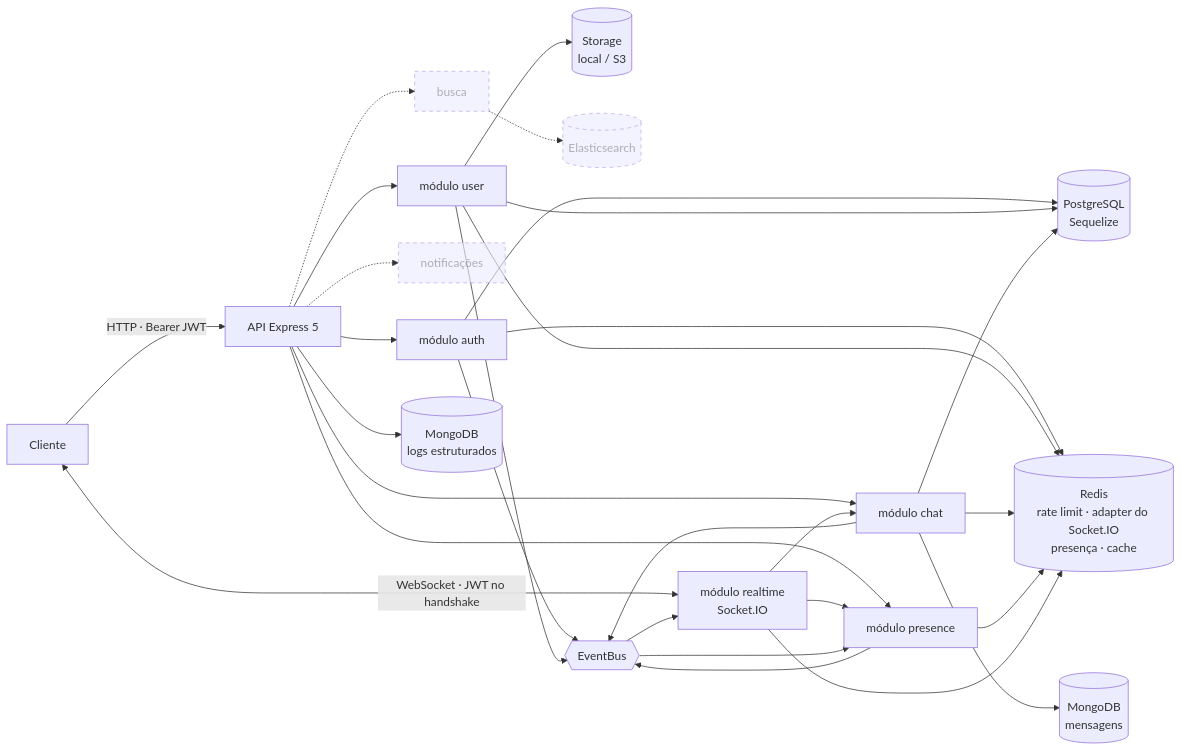
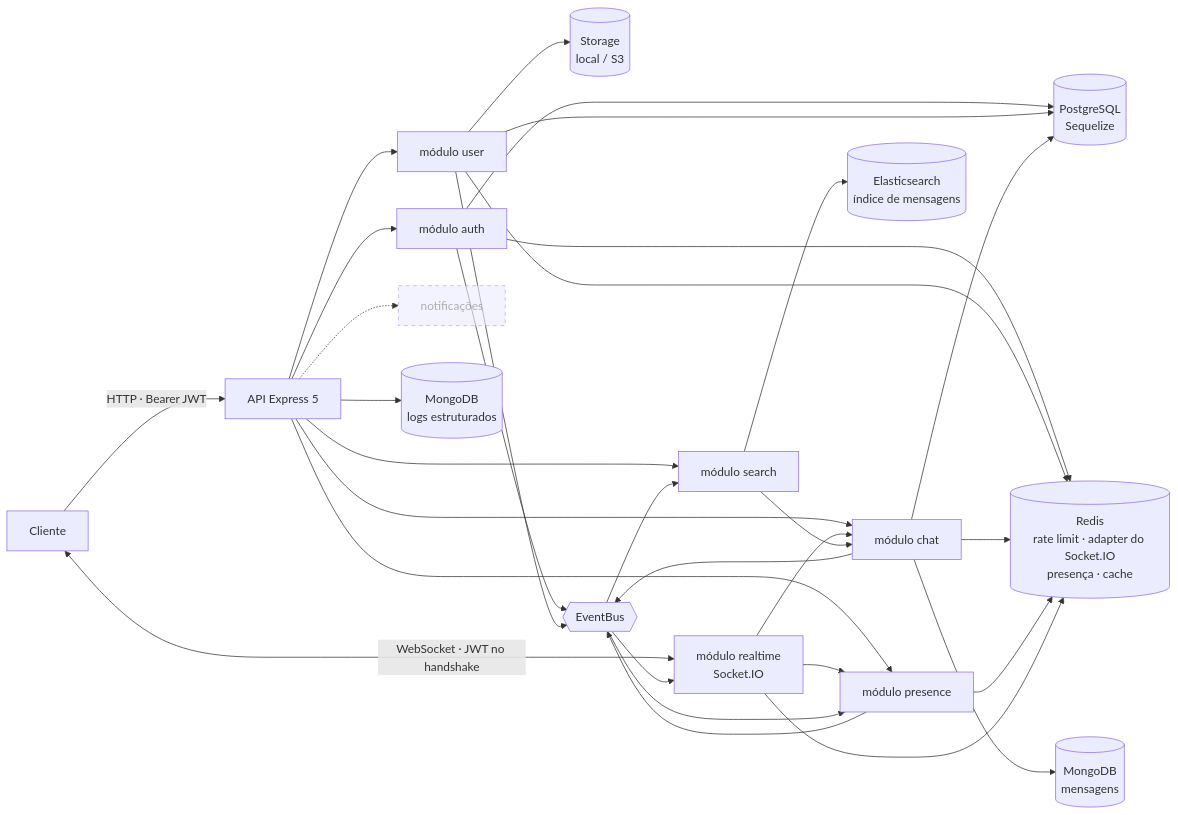
One commit to GabeSilvaDev/realtime-messaging-platform changed the diagram in README.pt-BR.md. Above: the diagram before and after it, drawn with Mermaid. The commit also changed other lines of this file and 2 other files, not shown here.

Commit message:
📝 docs: documenta a busca de mensagens (índice, analyzer, endpoint, reindex e limitações)

````diff
--- a/README.pt-BR.md
+++ b/README.pt-BR.md
@@ -27,25 +27,27 @@
 ```mermaid
 flowchart LR
     C[Cliente] -->|HTTP · Bearer JWT| API[API Express 5]
     C <-->|WebSocket · JWT no handshake| RT[módulo realtime<br/>Socket.IO]
     API --> AUTH[módulo auth]
     API --> USER[módulo user]
     API --> CHAT[módulo chat]
     API --> PRES[módulo presence]
     RT --> CHAT
     RT --> PRES
     API -.-> NOTIF[notificações]
-    API -.-> SEARCH[busca]
+    API --> SEARCH[módulo search]
     AUTH & USER & CHAT --> PG[(PostgreSQL<br/>Sequelize)]
     AUTH & USER & CHAT & PRES & RT --> RD[(Redis<br/>rate limit · adapter do Socket.IO<br/>presença · cache)]
     USER --> ST[(Storage<br/>local / S3)]
     API --> LOG[(MongoDB<br/>logs estruturados)]
     CHAT --> MG[(MongoDB<br/>mensagens)]
-    SEARCH -.-> ES[(Elasticsearch)]
+    SEARCH --> ES[(Elasticsearch<br/>índice de mensagens)]
+    SEARCH --> CHAT
     AUTH & USER & CHAT & PRES --> EB{{EventBus}}
     EB --> RT
     EB --> PRES
+    EB --> SEARCH
 
     classDef planned stroke-dasharray: 5 5,opacity:0.6
-    class NOTIF,SEARCH,ES planned
+    class NOTIF planned
 ```
````
